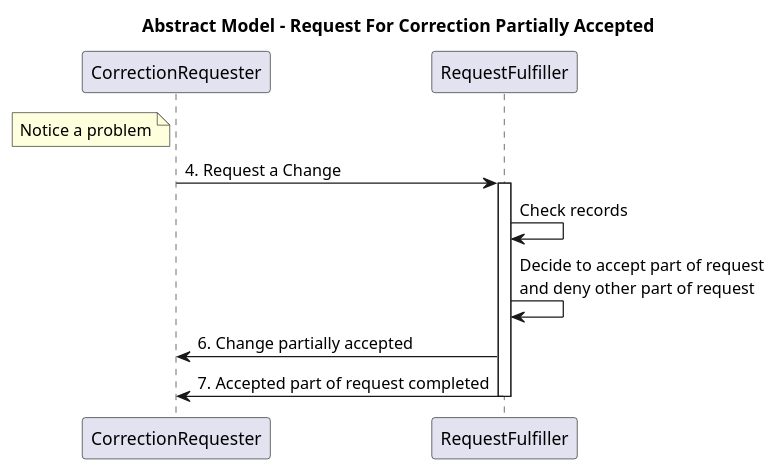
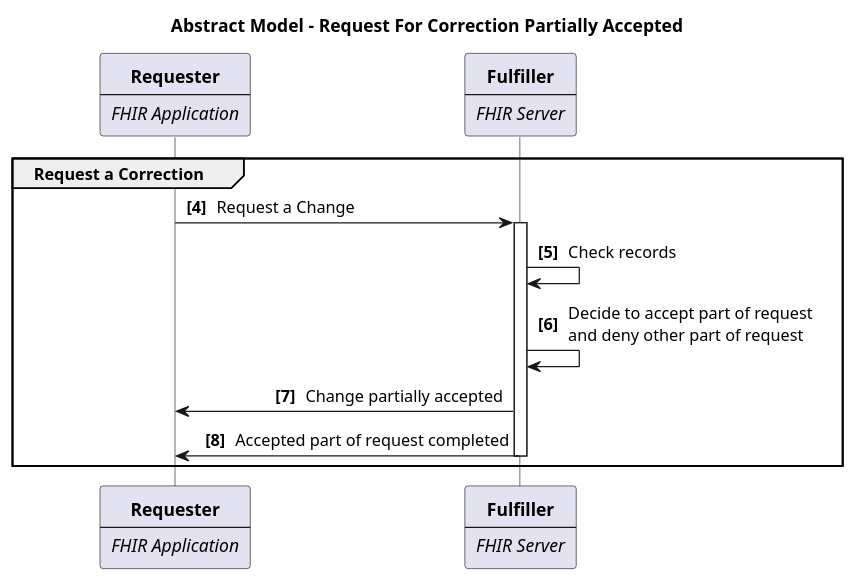
One commit to HL7/fhir-patient-correction changed the diagram in input/images-source/use-case-6.plantuml. Above: the diagram before and after it, drawn with PlantUML. The commit also changed 1 other file, not shown here.

```diff
--- a/input/images-source/use-case-6.plantuml
+++ b/input/images-source/use-case-6.plantuml
@@ -1,17 +1,33 @@
 @startuml
 title Abstract Model - Request For Correction Partially Accepted
+skinparam DefaultTextAlignment center
+skinparam SequenceMessageAlignment direction
+skinparam Padding 2
+skinparam ParticipantPadding 60
+skinparam LifelineStrategy solid
+autonumber 4 "<b>[###]</b>"
 
-note left of CorrectionRequester
-Notice a problem
-end note
-CorrectionRequester->RequestFulfiller : 4. Request a Change
+participant CorrectionRequester [
+  **Requester**
+  ----
+  //FHIR Application//
+]
+participant RequestFulfiller [
+  **Fulfiller**
+  ----
+  //FHIR Server//
+]
+
+group Request a Correction
+
+CorrectionRequester->RequestFulfiller : Request a Change
 Activate RequestFulfiller
 RequestFulfiller->RequestFulfiller : Check records
 
 RequestFulfiller->RequestFulfiller : Decide to accept part of request\nand deny other part of request
 
-RequestFulfiller->CorrectionRequester : 6. Change partially accepted
-RequestFulfiller->CorrectionRequester : 7. Accepted part of request completed
+RequestFulfiller->CorrectionRequester : Change partially accepted
+RequestFulfiller->CorrectionRequester : Accepted part of request completed
 Deactivate RequestFulfiller
-
+end 
 @enduml
```
